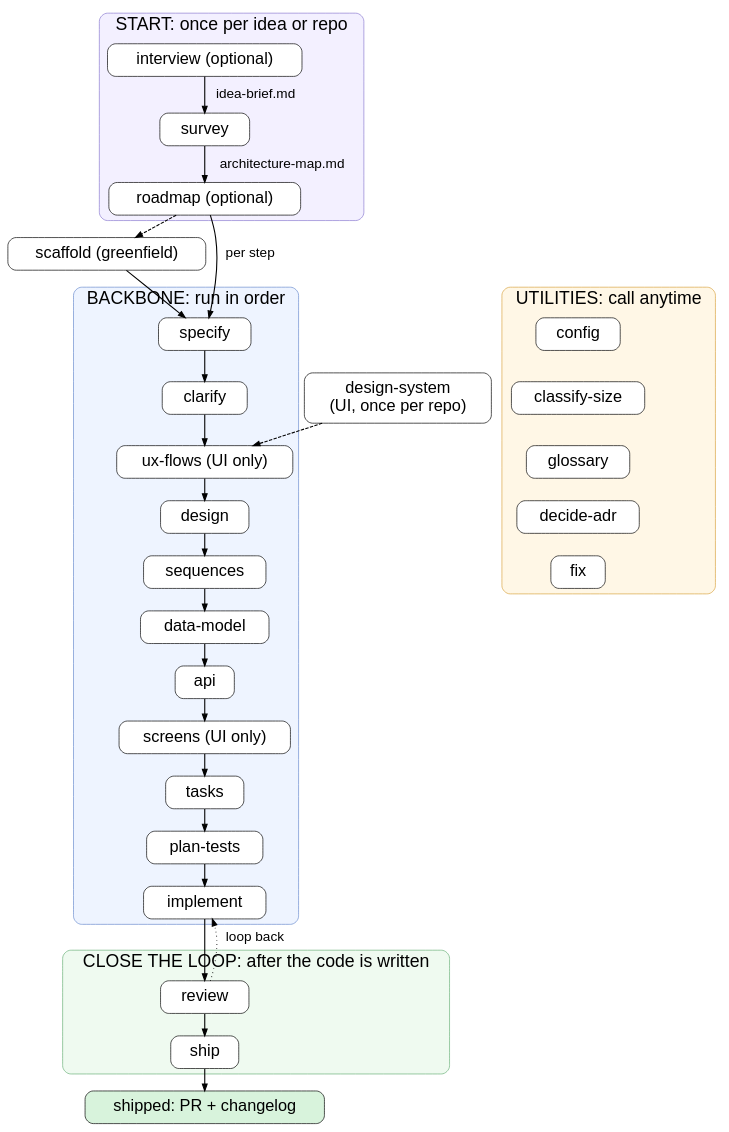
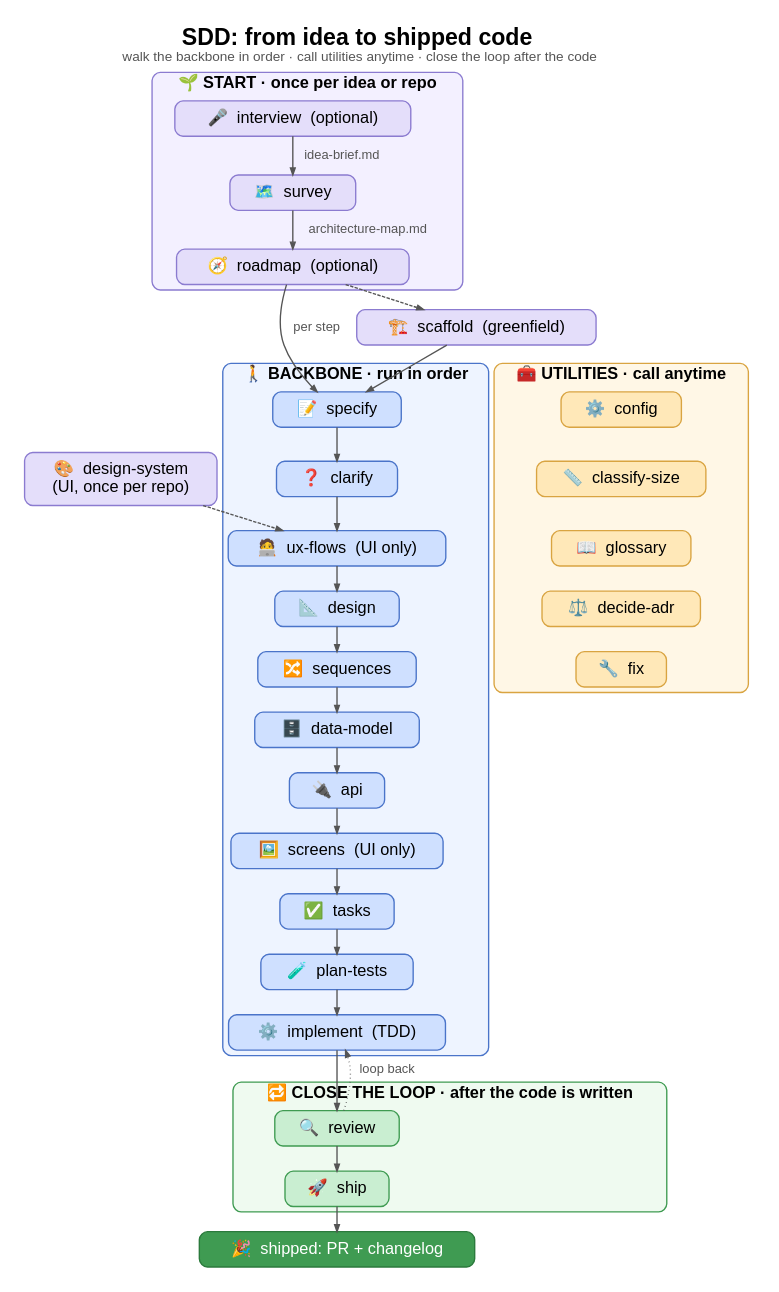
The diagram in docs/flow.dot (draarivpatel-ui/sdd), drawn with Graphviz before and after one commit. The commit also changed 1 other file, not shown here.

Commit message:
docs: add icons, colors and a title to the SDD flow diagram (#9)
* docs: add icons, colors and a title to the flow diagram

* docs: color the specify node like the rest of the backbone

---------

```diff
--- a/docs/flow.dot
+++ b/docs/flow.dot
@@ -1,58 +1,76 @@
 // The SDD flow: backbone (run in order), utilities (call anytime), close the loop.
 // Render: dot -Tsvg docs/flow.dot -o docs/flow.svg
 digraph sdd {
   rankdir=TB;
-  nodesep=0.4; ranksep=0.45; newrank=true;
-  fontname="Helvetica"; fontsize=26;
-  node [shape=box, style="rounded,filled", fillcolor="#ffffff", fontname="Helvetica", fontsize=24, margin="0.35,0.15"];
-  edge [fontname="Helvetica", fontsize=20, penwidth=1.6];
+  nodesep=0.45; ranksep=0.5; newrank=true; pad=0.4; bgcolor="white";
+  label=<<B>SDD: from idea to shipped code</B><BR/><FONT POINT-SIZE="20" COLOR="#555555">walk the backbone in order · call utilities anytime · close the loop after the code</FONT>>;
+  labelloc=t; fontname="Helvetica"; fontsize=34;
+  node [shape=box, style="rounded,filled", fontname="Helvetica", fontsize=24, margin="0.4,0.18", penwidth=2];
+  edge [fontname="Helvetica", fontsize=19, penwidth=2, color="#555555", fontcolor="#555555"];
 
-  // entry: once per idea / repo
+  specify [fillcolor="#cfe0ff", color="#4a74c9"];
+
+  // START
   subgraph cluster_entry {
-    label="START: once per idea or repo"; labeljust=l;
-    style="rounded,filled"; fillcolor="#f3f0ff"; color="#8b7bd0";
-    interview [label="interview (optional)"];
-    survey    [label="survey"];
-    roadmap   [label="roadmap (optional)"];
+    label="🌱 START · once per idea or repo"; labeljust=l; fontsize=24; fontname="Helvetica-Bold";
+    style="rounded,filled"; fillcolor="#f3f0ff"; color="#8b7bd0"; penwidth=2;
+    node [fillcolor="#e4defa", color="#8b7bd0"];
+    interview [label="🎤  interview  (optional)"];
+    survey    [label="🗺️  survey"];
+    roadmap   [label="🧭  roadmap  (optional)"];
     interview -> survey [label="  idea-brief.md"];
     survey -> roadmap   [label="  architecture-map.md"];
   }
-  scaffold [label="scaffold (greenfield)"];
+  scaffold [label="🏗️  scaffold  (greenfield)", fillcolor="#e4defa", color="#8b7bd0"];
   roadmap -> scaffold [style=dashed];
   roadmap -> specify  [label="  per step"];
   scaffold -> specify;
 
-  // backbone: one straight line
+  // BACKBONE
   subgraph cluster_backbone {
-    label="BACKBONE: run in order"; labeljust=l;
-    style="rounded,filled"; fillcolor="#eef4ff"; color="#6b8cce";
-    specify; clarify;
-    uxflows [label="ux-flows (UI only)"];
-    design; sequences; datamodel [label="data-model"]; api;
-    screens [label="screens (UI only)"];
-    tasks; plantests [label="plan-tests"]; implement;
+    label="🚶 BACKBONE · run in order"; labeljust=l; fontsize=24; fontname="Helvetica-Bold";
+    style="rounded,filled"; fillcolor="#eef4ff"; color="#4a74c9"; penwidth=2;
+    node [fillcolor="#cfe0ff", color="#4a74c9"];
+    specify   [label="📝  specify", fillcolor="#cfe0ff", color="#4a74c9"];
+    clarify   [label="❓  clarify"];
+    uxflows   [label="🧑‍💻  ux-flows  (UI only)"];
+    design    [label="📐  design"];
+    sequences [label="🔀  sequences"];
+    datamodel [label="🗄️  data-model"];
+    api       [label="🔌  api"];
+    screens   [label="🖼️  screens  (UI only)"];
+    tasks     [label="✅  tasks"];
+    plantests [label="🧪  plan-tests"];
+    implement [label="⚙️  implement  (TDD)"];
     specify -> clarify -> uxflows -> design -> sequences -> datamodel -> api -> screens -> tasks -> plantests -> implement;
   }
+  designsys [label="🎨  design-system\n(UI, once per repo)", fillcolor="#e4defa", color="#8b7bd0"];
+  designsys -> uxflows [style=dashed];
 
-  // close the loop
+  // CLOSE THE LOOP
   subgraph cluster_close {
-    label="CLOSE THE LOOP: after the code is written"; labeljust=l;
-    style="rounded,filled"; fillcolor="#effaf0"; color="#6bb27a";
-    review; ship;
+    label="🔁 CLOSE THE LOOP · after the code is written"; labeljust=l; fontsize=24; fontname="Helvetica-Bold";
+    style="rounded,filled"; fillcolor="#effaf0"; color="#3f9b52"; penwidth=2;
+    node [fillcolor="#c9eed1", color="#3f9b52"];
+    review [label="🔍  review"];
+    ship   [label="🚀  ship"];
   }
   implement -> review -> ship;
   review -> implement [style=dotted, constraint=false, label="  loop back"];
-  done [label="shipped: PR + changelog", shape=box, style="rounded,filled", fillcolor="#d8f3dc"];
+  done [label="🎉  shipped: PR + changelog", fillcolor="#3f9b52", color="#2b7a3c", fontcolor="white"];
   ship -> done;
 
-  // utilities: call anytime, beside the backbone
+  // UTILITIES
   subgraph cluster_util {
-    label="UTILITIES: call anytime"; labeljust=l;
-    style="rounded,filled"; fillcolor="#fff7e6"; color="#d9a441";
-    config; classifysize [label="classify-size"]; glossary; decideadr [label="decide-adr"]; fix;
+    label="🧰 UTILITIES · call anytime"; labeljust=l; fontsize=24; fontname="Helvetica-Bold";
+    style="rounded,filled"; fillcolor="#fff7e6"; color="#d9a441"; penwidth=2;
+    node [fillcolor="#ffe8b8", color="#d9a441"];
+    config       [label="⚙️  config"];
+    classifysize [label="📏  classify-size"];
+    glossary     [label="📖  glossary"];
+    decideadr    [label="⚖️  decide-adr"];
+    fix          [label="🔧  fix"];
     config -> classifysize -> glossary -> decideadr -> fix [style=invis];
   }
-  designsys [label="design-system\n(UI, once per repo)"];
-  designsys -> uxflows [style=dashed];
   { rank=same; specify; config; }
 }
```
